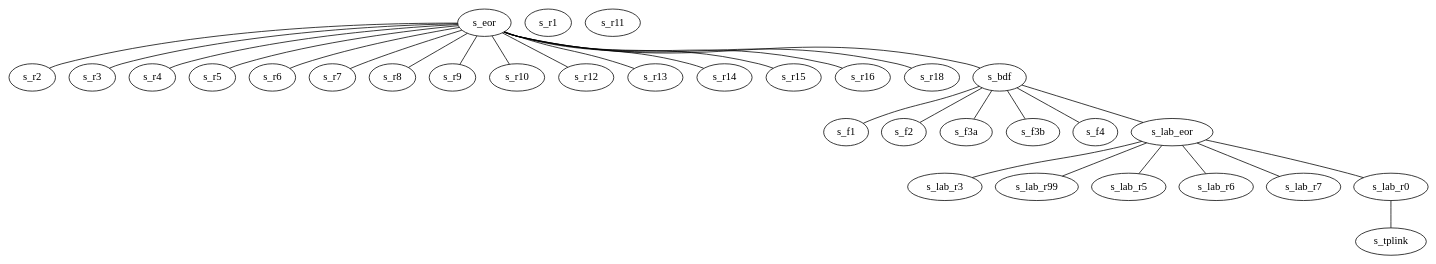
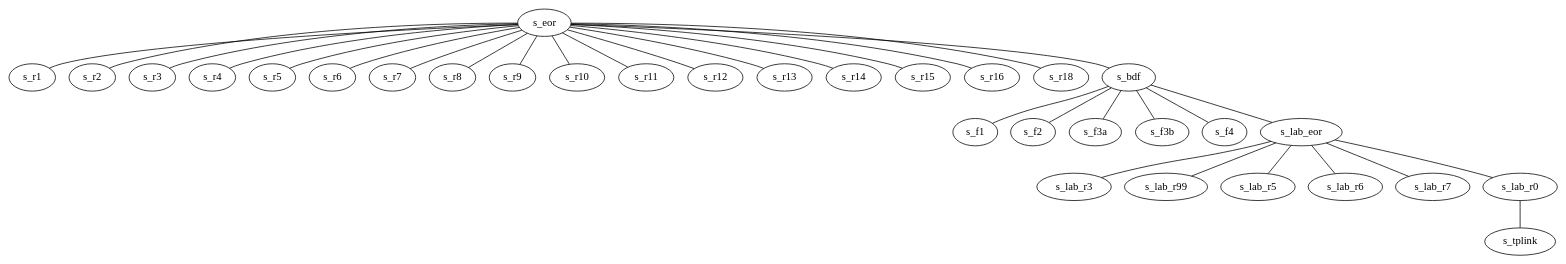
Before and after one commit to coscin/gates: the diagram in gates_topology.dot, drawn with Graphviz. The commit also changed 9 other files, not shown here.

```diff
--- a/gates_topology.dot
+++ b/gates_topology.dot
@@ -1,82 +1,82 @@
 /* gates_topology.dot
    Craig Riecke, CoSciN Developer/Analyst, June, 2015
 
    GraphViz format graph for the Gates OpenFlow #4 instance topology.  Used in both the gates_mininet.py 
    script and the learning_switch_app.py Frenetic app
    */ 
 strict graph gates {
   s_eor [ dpid=1125908103288861 ]; 
   s_r1  [ dpid=1125908103297789 ];
   s_r2  [ dpid=1284990276223830 ];
   s_r3  [ dpid=1284990276223836 ];
   s_r4  [ dpid=1284990276224367 ];
   s_r5  [ dpid=1284990276224415 ];
   s_r6  [ dpid=1284990276223782 ];
   s_r7  [ dpid=1284990276224424 ];
   s_r8  [ dpid=1284990276224331 ];
   s_r9  [ dpid=1284990276224418 ];
   s_r10 [ dpid=1284990276224328 ];
   s_r11 [ dpid=1284990276268919 ];
   s_r12 [ dpid=1284990276224409 ];
   s_r13 [ dpid=1284990276224322 ];
   s_r14 [ dpid=1284990276224385 ];
   s_r15 [ dpid=1284990276224421 ];
   s_r16 [ dpid=1284990276230355 ];
+  /* s_r17 is not present */
   s_r18 [ dpid=1284990276230274 ];
   s_bdf [ dpid=1125908108270984 ] ;
   s_f1  [ dpid=1125908103260016 ] ;
   s_f2  [ dpid=1125908103297849 ] ; 
   s_f3a [ dpid=1125908103297804 ] ;
   s_f3b [ dpid=1125908103297660 ] ;
   s_f4  [ dpid=1125908103297765 ] ;
   s_lab_eor [ dpid=1125908103289164 ] ;
   s_lab_r3  [ dpid=1284990276224316 ] ;
   s_lab_r99 [ dpid=1284990276223788 ] ;
   s_lab_r5  [ dpid=1284990276220716 ] ;
   s_lab_r6  [ dpid=1284990276223779 ] ;
   s_lab_r7  [ dpid=1284990276223785 ] ;
   s_lab_r0  [ dpid=1284990276223803 ] ;
   s_tplink  [ dpid=1 ];
 
   /* Server room end-of-rack switch hooks the server room rack servers in a star */
-  /* s_r1 is not connected */
+  s_eor -- s_r1  [ src_port = 1,  dport = 49 ];
   s_eor -- s_r2  [ src_port = 3,  dport = 49 ];
   s_eor -- s_r3  [ src_port = 5,  dport = 49 ];
   s_eor -- s_r4  [ src_port = 7,  dport = 49 ];
   s_eor -- s_r5  [ src_port = 9,  dport = 49 ];
   s_eor -- s_r6  [ src_port = 11, dport = 49 ];
   s_eor -- s_r7  [ src_port = 13, dport = 49 ];
   s_eor -- s_r8  [ src_port = 15, dport = 49 ];
   s_eor -- s_r9  [ src_port = 17, dport = 49 ];
   s_eor -- s_r10 [ src_port = 19, dport = 49 ];
-  /* s_r11 is not connected */
+  s_eor -- s_r11 [ src_port = 21, dport = 49 ];
   s_eor -- s_r12 [ src_port = 23, dport = 49 ];
   s_eor -- s_r13 [ src_port = 25, dport = 49 ];
   s_eor -- s_r14 [ src_port = 27, dport = 49 ];
   s_eor -- s_r15 [ src_port = 29, dport = 49 ];
   s_eor -- s_r16 [ src_port = 31, dport = 49 ];
-  /* s_r17 does not exist */
   s_eor -- s_r18 [ src_port = 41; dport = 49 ];
 
   /* Floor switches are connected in a star to s_bdf */
   s_bdf -- s_f1  [ src_port = 9,  dport = 47 ];
   s_bdf -- s_f2  [ src_port = 17, dport = 47 ];
   s_bdf -- s_f3a [ src_port = 23, dport = 47 ];
   s_bdf -- s_f3b [ src_port = 31, dport = 47 ];
   s_bdf -- s_f4  [ src_port = 37, dport = 47 ];
 
   /* Syslab switches are connected in a star to s_lab_eor */
   s_lab_eor -- s_lab_r0  [ src_port = 9,  dport = 49 ];
   s_lab_eor -- s_lab_r3  [ src_port = 21,  dport = 49 ];
   s_lab_eor -- s_lab_r99 [ src_port = 19,  dport = 49 ];
   s_lab_eor -- s_lab_r5  [ src_port = 41,  dport = 49 ];
   s_lab_eor -- s_lab_r6  [ src_port = 29,  dport = 49 ];
   s_lab_eor -- s_lab_r7  [ src_port = 31,  dport = 49 ];
 
   /* Links between stars */
   s_eor -- s_bdf  [ src_port = 47,  dport = 47 ];
   s_bdf -- s_lab_eor [ src_port = 45, dport = 47 ];
 
   /* The tplink is an odd duck, connected as its own star */
   s_lab_r0 -- s_tplink [ src_port = 34, dport = 1 ];
 }
```
